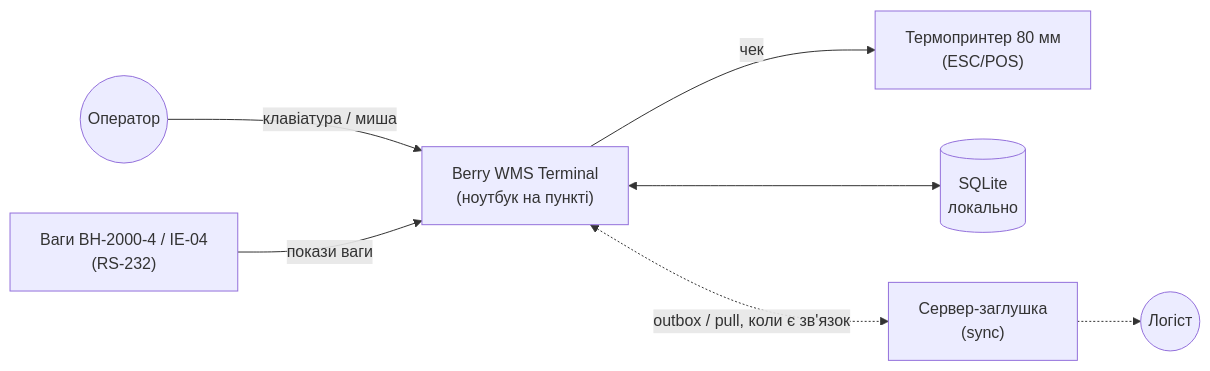
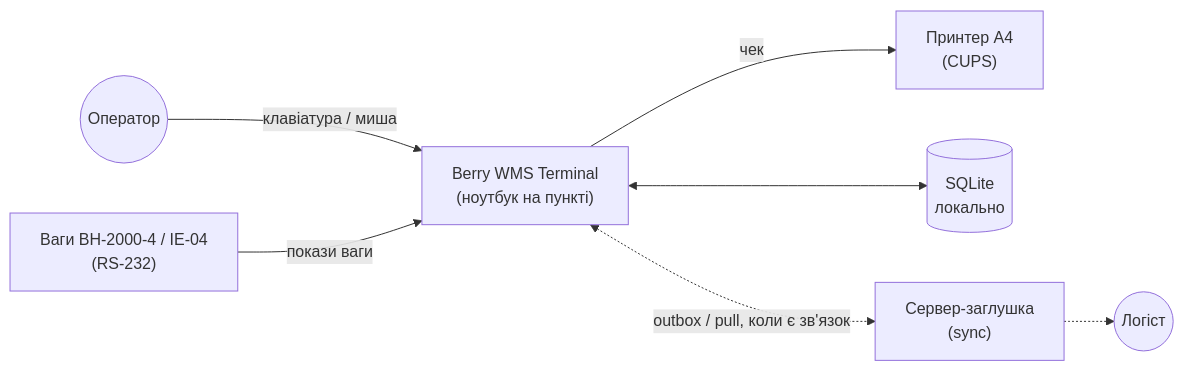
The first of 3 diagrams in docs/architecture.md (IsNazarii/Berry-WMS-Terminal), drawn with Mermaid before and after one commit. The commit also changed other lines of this file and 3 other files, not shown here.

````diff
--- a/docs/architecture.md
+++ b/docs/architecture.md
@@ -8,17 +8,17 @@
 ```mermaid
 flowchart LR
     OP(("Оператор"))
     SC["Ваги ВН-2000-4 / ІЕ-04<br/>(RS-232)"]
-    PR["Термопринтер 80 мм<br/>(ESC/POS)"]
+    PR["Принтер A4<br/>(CUPS)"]
     T["Berry WMS Terminal<br/>(ноутбук на пункті)"]
     DB[("SQLite<br/>локально")]
     SRV["Сервер-заглушка<br/>(sync)"]
     LOG(("Логіст"))
 
     OP -- "клавіатура / миша" --> T
     SC -- "покази ваги" --> T
     T -- "чек" --> PR
     T <--> DB
     T <-. "outbox / pull, коли є зв'язок" .-> SRV
     SRV -.-> LOG
 ```
````
